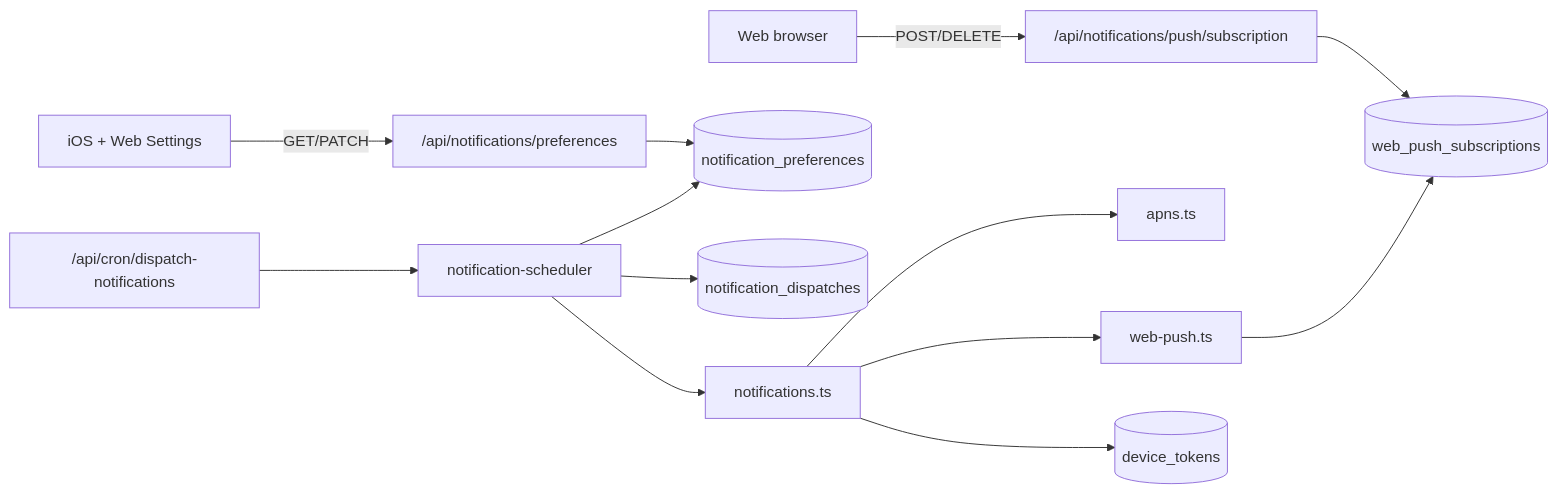
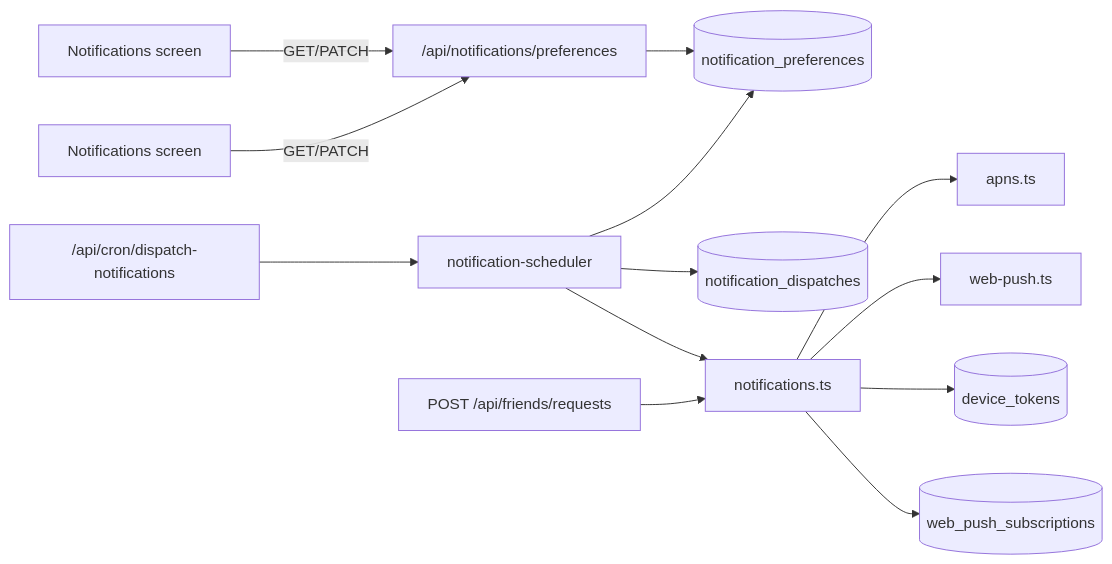
Before and after one commit to auerbachb/still-point: the diagram in docs/notifications.md, drawn with Mermaid. The commit also changed other lines of this file and 21 other files, not shown here.

First line of the commit message:
feat(notifications): unified Settings screen for iOS and web (#359)

````diff
--- a/docs/notifications.md
+++ b/docs/notifications.md
@@ -7,15 +7,15 @@
 ```mermaid
 flowchart LR
-  Clients[iOS + Web Settings] -->|GET/PATCH| PrefsAPI["/api/notifications/preferences"]
-  Web[Web browser] -->|POST/DELETE| SubAPI["/api/notifications/push/subscription"]
-  SubAPI --> WPS[(web_push_subscriptions)]
+  iOS[Notifications screen] -->|GET/PATCH| PrefsAPI["/api/notifications/preferences"]
+  Web[Notifications screen] -->|GET/PATCH| PrefsAPI
   PrefsAPI --> NP[(notification_preferences)]
   Cron["/api/cron/dispatch-notifications"] --> Scheduler[notification-scheduler]
   Scheduler --> NP
   Scheduler --> Ledger[(notification_dispatches)]
   Scheduler --> Send[notifications.ts]
   Send --> APNs[apns.ts]
   Send --> WebPush[web-push.ts]
   Send --> DT[(device_tokens)]
-  WebPush --> WPS
+  Send --> WPS[(web_push_subscriptions)]
+  Friends[POST /api/friends/requests] --> Send
 ```
````
